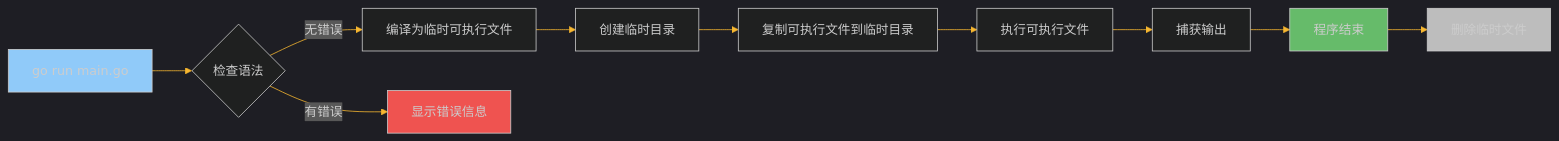
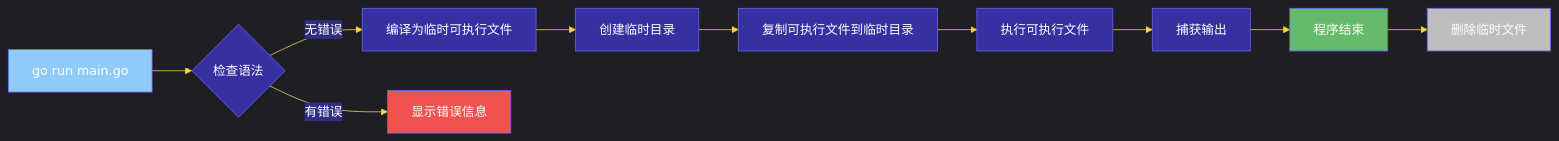
The second of 2 diagrams in 其他语言/go/01_environment_hello_world.md (dd-xiaozhi/study-notes), drawn with Mermaid before and after one commit. The commit also changed other lines of this file and 84 other files, not shown here.

````diff
--- a/其他语言/go/01_environment_hello_world.md
+++ b/其他语言/go/01_environment_hello_world.md
@@ -627,18 +483,17 @@
 ```mermaid
-%%{init: {'theme': 'dark', 'themeVariables': {'primaryColor': '#4ECDC4', 'primaryTextColor': '#fff', 'primaryBorderColor': '#4ECDC4', 'lineColor': '#F7B731'}}}%%
+%%{init: {'theme': 'dark', 'themeVariables': {'primaryColor': '#6366F1', 'primaryTextColor': '#FFFFFF', 'primaryBorderColor': '#6366F1', 'lineColor': '#FCD34D', 'clusterBkg': '#1E1B4B', 'clusterBorder': '#4F46E5', 'titleColor': '#FCD34D', 'edgeLabelBackground': '#312E81', 'nodeBkg': '#312E81', 'nodeBorder': '#6366F1', 'mainBkg': '#3730A3', 'textColor': '#FFFFFF', 'signalColor': '#10B981', 'signalTextColor': '#FFFFFF'}}}%%
 flowchart LR
     A[go run main.go] --> B{检查语法}
     B -->|无错误| C[编译为临时可执行文件]
     B -->|有错误| D[显示错误信息]
     C --> E[创建临时目录]
     E --> F[复制可执行文件到临时目录]
     F --> G[执行可执行文件]
     G --> H[捕获输出]
     H --> I[程序结束]
     I --> J[删除临时文件]
-
     style A fill:#90caf9
     style D fill:#ef5350
     style I fill:#66bb6a
     style J fill:#bdbdbd
 ```
````
